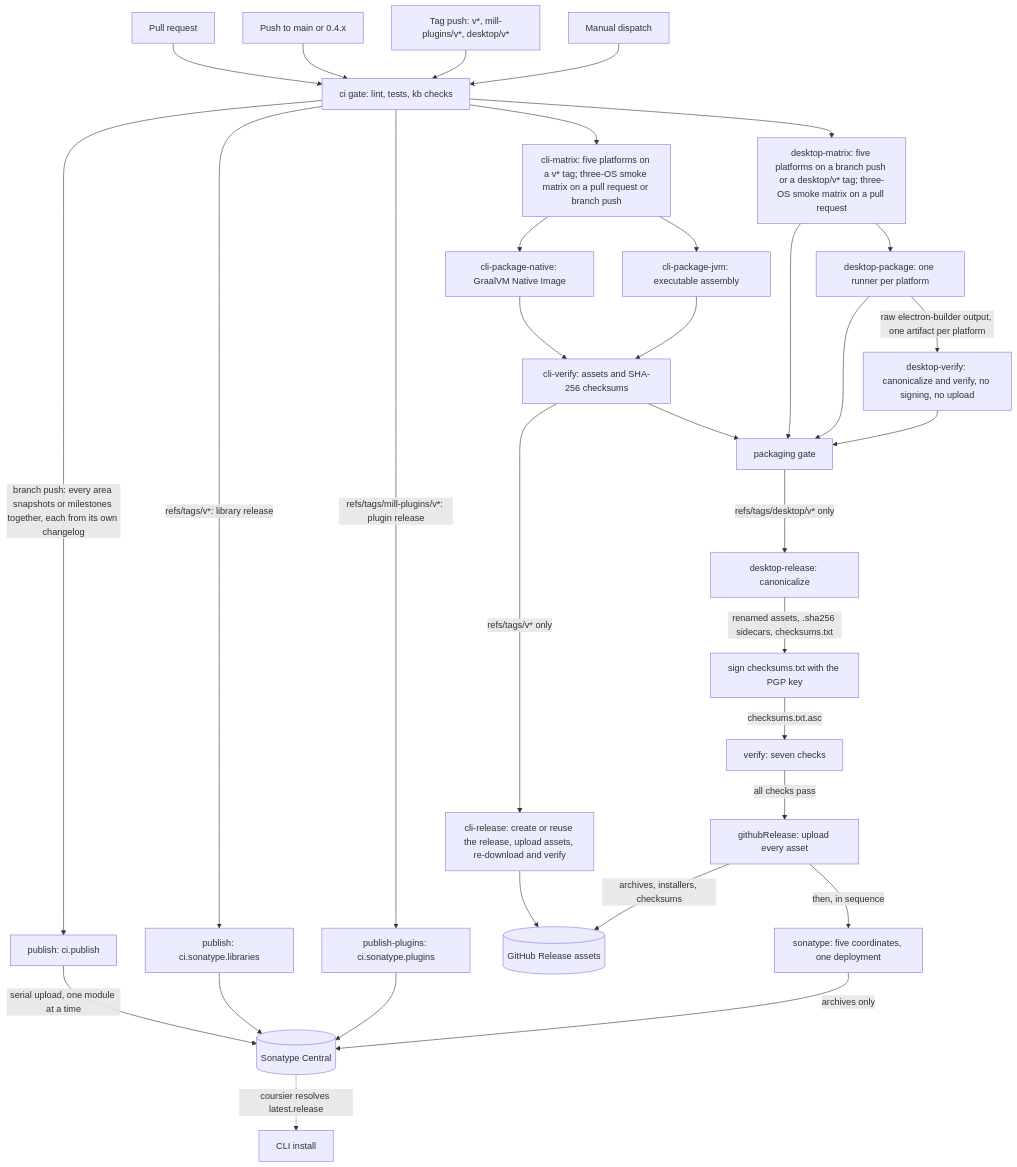
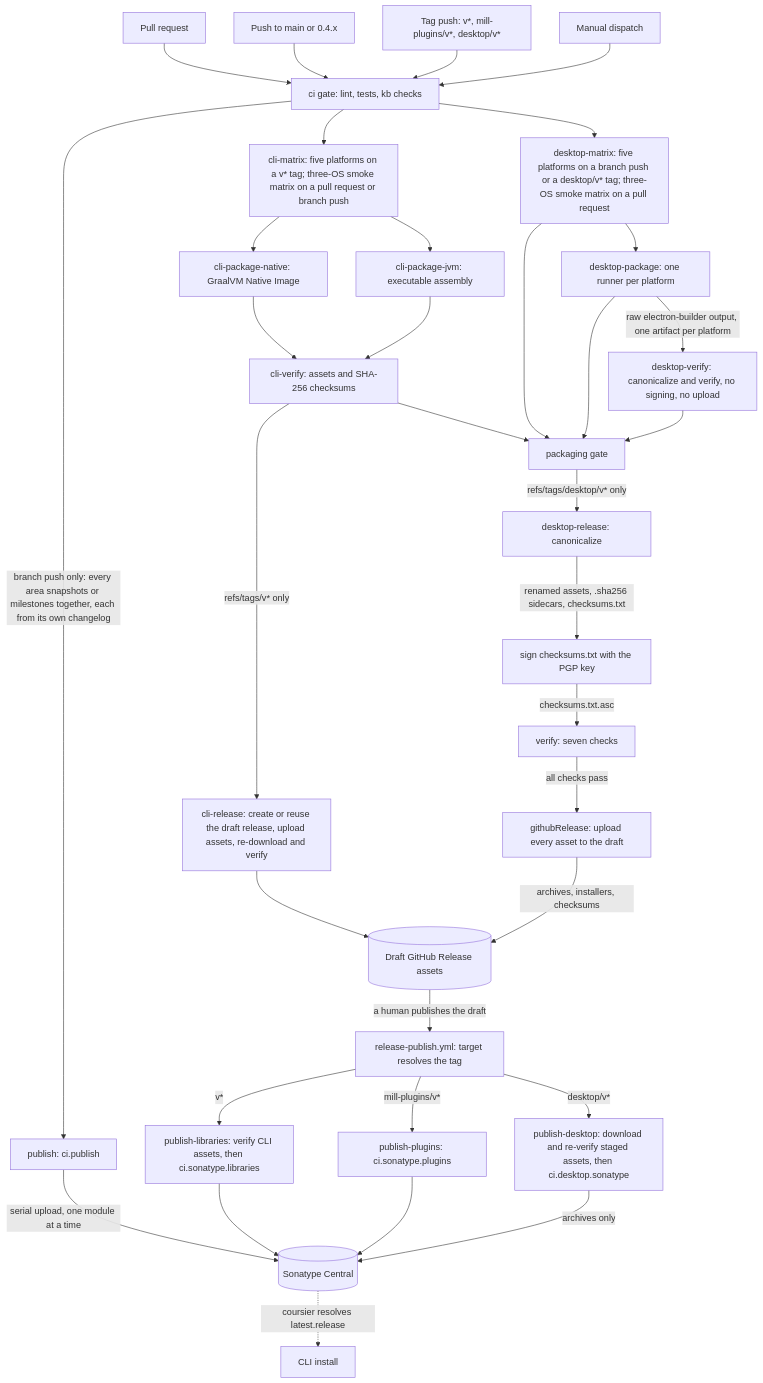
Before and after one commit to finos/morphir-scala: the diagram in kb/bundles/morphir/morphir-scala/packaging-and-release.md, drawn with Mermaid. The commit also changed other lines of this file and 9 other files, not shown here.

First line of the commit message:
feat(ci): split releases into tag-push staging and draft-publish promotion

````diff
--- a/kb/bundles/morphir/morphir-scala/packaging-and-release.md
+++ b/kb/bundles/morphir/morphir-scala/packaging-and-release.md
@@ -35,40 +36,42 @@
 ```mermaid
 flowchart TD
     PR[Pull request] --> Gate[ci gate: lint, tests, kb checks]
     Push[Push to main or 0.4.x] --> Gate
     TagPush[Tag push: v*, mill-plugins/v*, desktop/v*] --> Gate
     Dispatch[Manual dispatch] --> Gate
 
-    Gate -->|branch push: every area snapshots or milestones together, each from its own changelog| PublishAll[publish: ci.publish]
-    Gate -->|refs/tags/v*: library release| PublishLib[publish: ci.sonatype.libraries]
-    Gate -->|refs/tags/mill-plugins/v*: plugin release| PublishPlugins[publish-plugins: ci.sonatype.plugins]
+    Gate -->|branch push only: every area snapshots or milestones together, each from its own changelog| PublishAll[publish: ci.publish]
     PublishAll -->|serial upload, one module at a time| Sonatype[(Sonatype Central)]
-    PublishLib --> Sonatype
-    PublishPlugins --> Sonatype
 
     Gate --> CliMatrix[cli-matrix: five platforms on a v* tag; three-OS smoke matrix on a pull request or branch push]
     CliMatrix --> CliNative[cli-package-native: GraalVM Native Image]
     CliMatrix --> CliJvm[cli-package-jvm: executable assembly]
     CliNative --> CliVerify[cli-verify: assets and SHA-256 checksums]
     CliJvm --> CliVerify
     CliVerify --> Packaging
-    CliVerify -->|refs/tags/v* only| CliRelease[cli-release: create or reuse the release, upload assets, re-download and verify]
+    CliVerify -->|refs/tags/v* only| CliRelease[cli-release: create or reuse the draft release, upload assets, re-download and verify]
     CliRelease --> GhAssets
 
     Gate --> Matrix[desktop-matrix: five platforms on a branch push or a desktop/v* tag; three-OS smoke matrix on a pull request]
     Matrix --> Package[desktop-package: one runner per platform]
     Package -->|raw electron-builder output, one artifact per platform| CiVerify[desktop-verify: canonicalize and verify, no signing, no upload]
     Matrix --> Packaging[packaging gate]
     Package --> Packaging
     CiVerify --> Packaging
 
     Packaging -->|refs/tags/desktop/v* only| Canon[desktop-release: canonicalize]
     Canon -->|renamed assets, .sha256 sidecars, checksums.txt| Sign[sign checksums.txt with the PGP key]
     Sign -->|checksums.txt.asc| Verify[verify: seven checks]
-    Verify -->|all checks pass| GhRelease[githubRelease: upload every asset]
-    GhRelease -->|then, in sequence| DesktopSonatype[sonatype: five coordinates, one deployment]
-    GhRelease -->|archives, installers, checksums| GhAssets[(GitHub Release assets)]
-    DesktopSonatype -->|archives only| Sonatype
+    Verify -->|all checks pass| GhRelease[githubRelease: upload every asset to the draft]
+    GhRelease -->|archives, installers, checksums| GhAssets[(Draft GitHub Release assets)]
+
+    GhAssets -->|a human publishes the draft| RelPub[release-publish.yml: target resolves the tag]
+    RelPub -->|v*| PromoteLib[publish-libraries: verify CLI assets, then ci.sonatype.libraries]
+    RelPub -->|mill-plugins/v*| PromotePlugins[publish-plugins: ci.sonatype.plugins]
+    RelPub -->|desktop/v*| PromoteDesktop[publish-desktop: download and re-verify staged assets, then ci.desktop.sonatype]
+    PromoteLib --> Sonatype
+    PromotePlugins --> Sonatype
+    PromoteDesktop -->|archives only| Sonatype
 
     Sonatype -.->|coursier resolves latest.release| Cli[CLI install]
 ```
````
